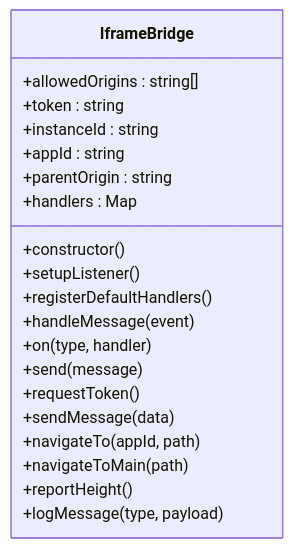
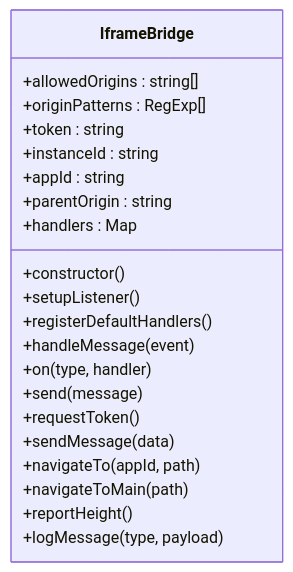
Before and after one commit to my-Sitara/artisan-base-frontend: the fifth of 9 diagrams in .qoder/repowiki/zh/content/API参考/通信桥API.md, drawn with Mermaid. The commit also changed other lines of this file and 25 other files, not shown here.

````diff
--- a/.qoder/repowiki/zh/content/API参考/通信桥API.md
+++ b/.qoder/repowiki/zh/content/API参考/通信桥API.md
@@ -188,23 +270,24 @@
 ```mermaid
 classDiagram
 class IframeBridge {
 +allowedOrigins : string[]
++originPatterns : RegExp[]
 +token : string
 +instanceId : string
 +appId : string
 +parentOrigin : string
 +handlers : Map
 +constructor()
 +setupListener()
 +registerDefaultHandlers()
 +handleMessage(event)
 +on(type, handler)
 +send(message)
 +requestToken()
 +sendMessage(data)
 +navigateTo(appId, path)
 +navigateToMain(path)
 +reportHeight()
 +logMessage(type, payload)
 }
 ```
````
